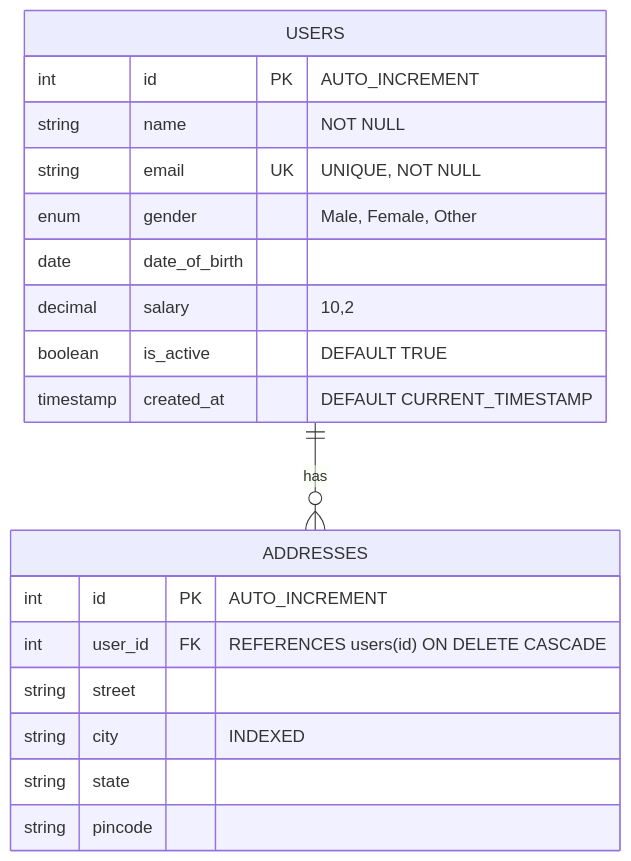
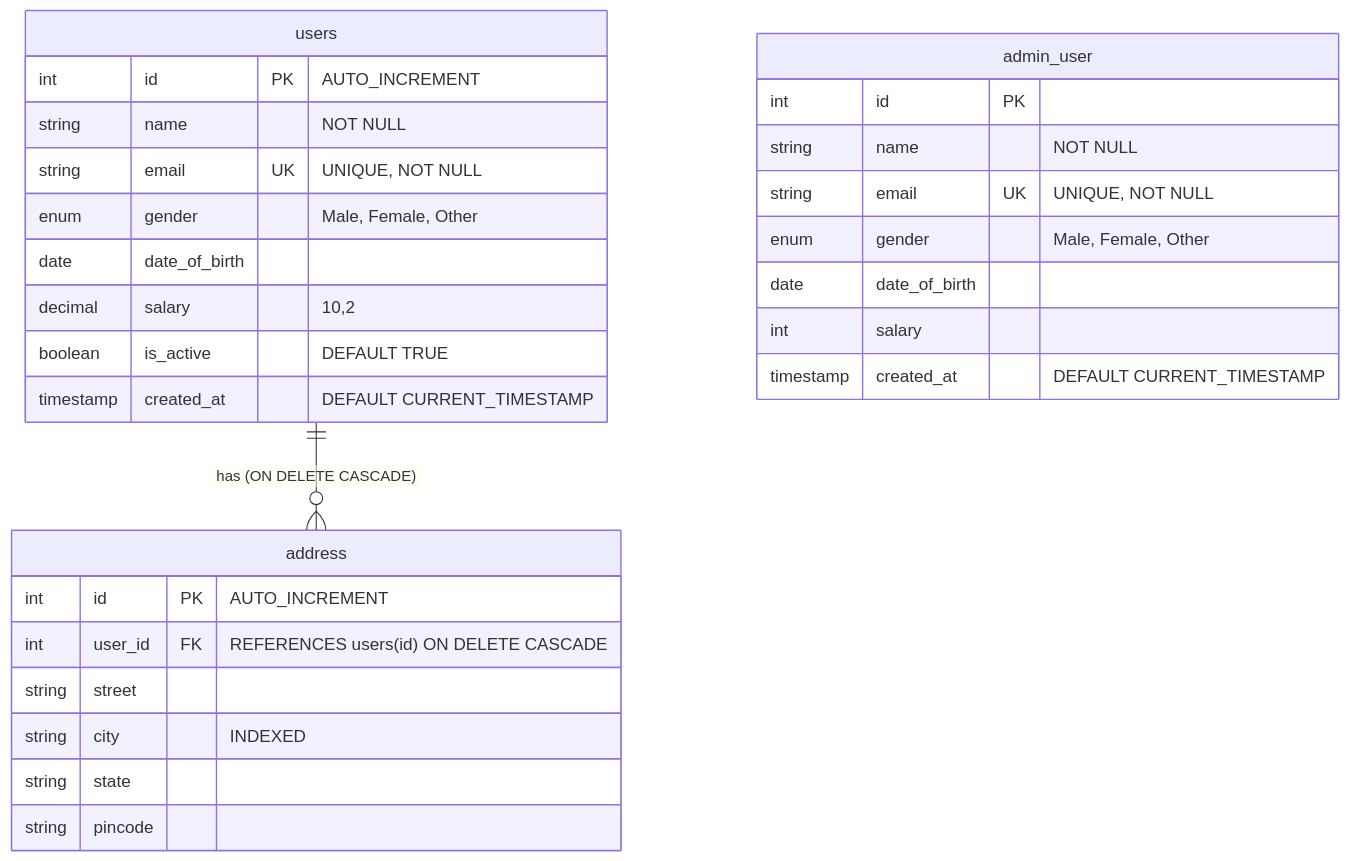
The diagram in README.md (RandomRohit-hub/SQL-begins), drawn with Mermaid before and after one commit. The commit also changed other lines of this file and 21 other files, not shown here.

Commit message:
Refactor into unified 9-module roadmap, add Joins & Set Operations, eliminate duplicate files

````diff
--- a/README.md
+++ b/README.md
@@ -70,22 +75,31 @@
 ```mermaid
 erDiagram
-    USERS ||--o{ ADDRESSES : "has"
-    USERS {
+    users ||--o{ address : "has (ON DELETE CASCADE)"
+    users {
         int id PK "AUTO_INCREMENT"
         string name "NOT NULL"
         string email UK "UNIQUE, NOT NULL"
         enum gender "Male, Female, Other"
         date date_of_birth
         decimal salary "10,2"
         boolean is_active "DEFAULT TRUE"
         timestamp created_at "DEFAULT CURRENT_TIMESTAMP"
     }
-    ADDRESSES {
+    address {
         int id PK "AUTO_INCREMENT"
         int user_id FK "REFERENCES users(id) ON DELETE CASCADE"
         string street
         string city "INDEXED"
         string state
         string pincode
     }
+    admin_user {
+        int id PK
+        string name "NOT NULL"
+        string email UK "UNIQUE, NOT NULL"
+        enum gender "Male, Female, Other"
+        date date_of_birth
+        int salary
+        timestamp created_at "DEFAULT CURRENT_TIMESTAMP"
+    }
 ```
````
